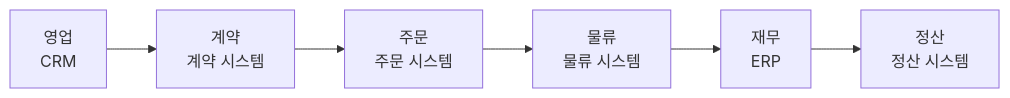
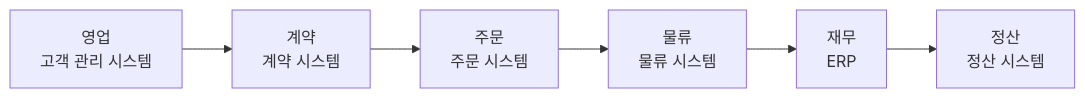
One commit to haandol/haandol.github.com changed the third of 3 diagrams in _posts/2026-09-03-developers-to-internal-fde.md. Above: the diagram before and after it, drawn with Mermaid. The commit also changed other lines of this file and 8 other files, not shown here.

````diff
--- a/_posts/2026-09-03-developers-to-internal-fde.md
+++ b/_posts/2026-09-03-developers-to-internal-fde.md
@@ -196,8 +182,8 @@
 ```mermaid
 flowchart LR
-    A["영업<br/>CRM"] --> B["계약<br/>계약 시스템"]
+    A["영업<br/>고객 관리 시스템"] --> B["계약<br/>계약 시스템"]
     B --> C["주문<br/>주문 시스템"]
     C --> D["물류<br/>물류 시스템"]
     D --> E["재무<br/>ERP"]
     E --> F["정산<br/>정산 시스템"]
 ```
````
